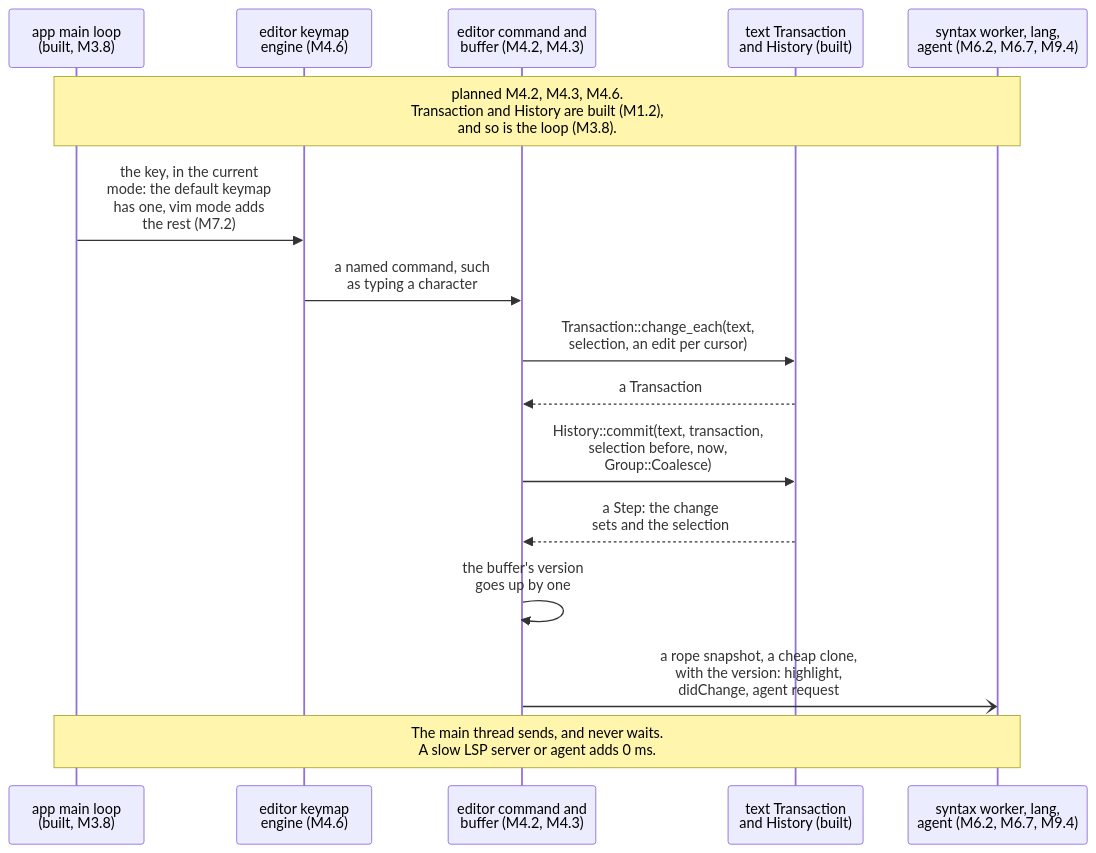
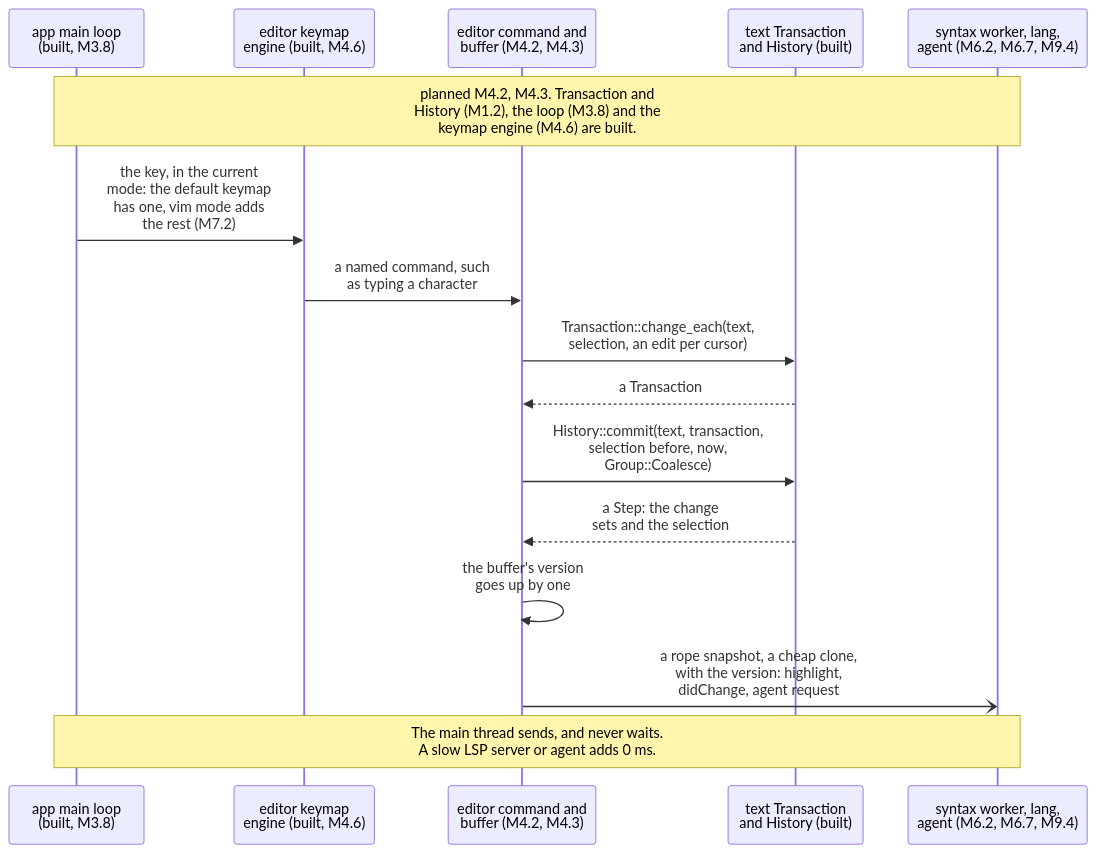
Before and after one commit to jabbott-iii/Tidepool: diagram 13 of 24 in diagrams/sequence-diagrams.md, drawn with Mermaid. The commit also changed other lines of this file and 41 other files, not shown here.

````diff
--- a/diagrams/sequence-diagrams.md
+++ b/diagrams/sequence-diagrams.md
@@ -683,19 +684,19 @@
 ```mermaid
 sequenceDiagram
     participant ML as app main loop<br/>(built, M3.8)
-    participant Keys as editor keymap<br/>engine (M4.6)
+    participant Keys as editor keymap<br/>engine (built, M4.6)
     participant Cmd as editor command and<br/>buffer (M4.2, M4.3)
     participant Txt as text Transaction<br/>and History (built)
     participant Bg as syntax worker, lang,<br/>agent (M6.2, M6.7, M9.4)
 
-    Note over ML,Bg: planned M4.2, M4.3, M4.6.<br/>Transaction and History are built (M1.2),<br/>and so is the loop (M3.8).
+    Note over ML,Bg: planned M4.2, M4.3. Transaction and<br/>History (M1.2), the loop (M3.8) and the<br/>keymap engine (M4.6) are built.
     ML->>Keys: the key, in the current<br/>mode: the default keymap<br/>has one, vim mode adds<br/>the rest (M7.2)
     Keys->>Cmd: a named command, such<br/>as typing a character
     Cmd->>Txt: Transaction::change_each(text,<br/>selection, an edit per cursor)
     Txt-->>Cmd: a Transaction
     Cmd->>Txt: History::commit(text, transaction,<br/>selection before, now,<br/>Group::Coalesce)
     Txt-->>Cmd: a Step: the change<br/>sets and the selection
     Cmd->>Cmd: the buffer's version<br/>goes up by one
     Cmd-)Bg: a rope snapshot, a cheap clone,<br/>with the version: highlight,<br/>didChange, agent request
     Note over ML,Bg: The main thread sends, and never waits.<br/>A slow LSP server or agent adds 0 ms.
 ```
````
